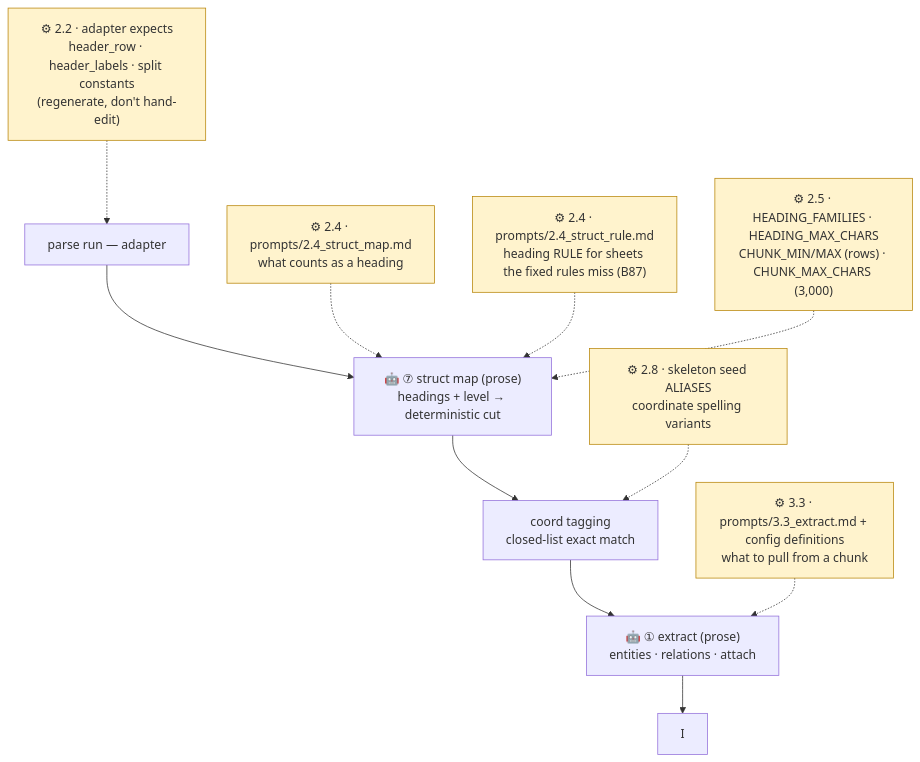
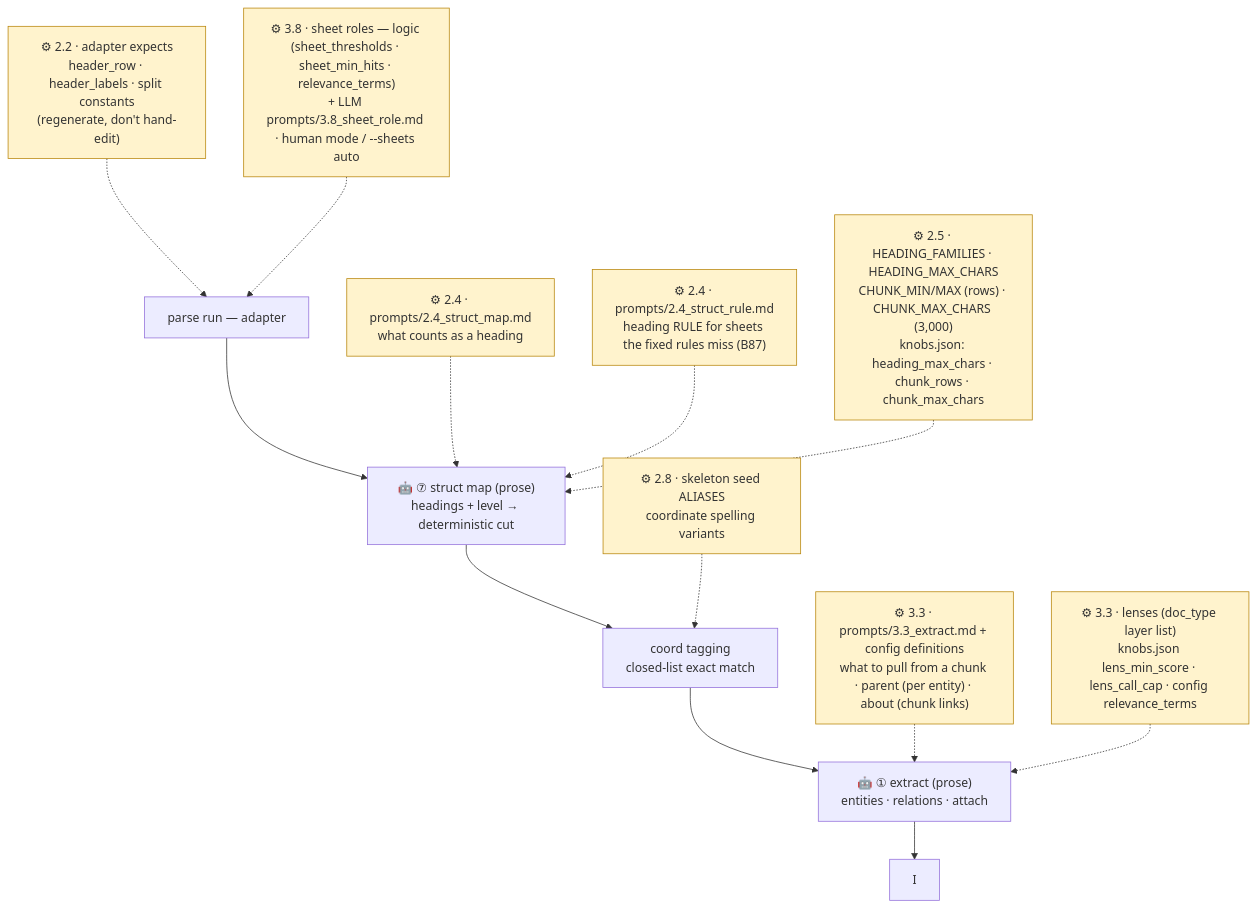
The second of 4 diagrams in docs/구조도/05_조절_지도.md (playjae0/ontology_system), drawn with Mermaid before and after one commit. The commit also changed 31 other files, not shown here.

First line of the commit message:
B91 ⑥⑦(진행 중): 겸 집 불일치 경고 · 가이드·구조도 · D-172 · PROGRESS · B88 요청문 정리

````diff
--- a/docs/구조도/05_조절_지도.md
+++ b/docs/구조도/05_조절_지도.md
@@ -40,15 +40,17 @@
 ```mermaid
 flowchart TD
   G["parse run — adapter"] --> G2["🤖 ⑦ struct map (prose)<br/>headings + level → deterministic cut"]
   G2 --> H["coord tagging<br/>closed-list exact match"]
   H --> X["🤖 ① extract (prose)<br/>entities · relations · attach"]
   X --> I
 
   Q0["⚙ 2.2 · adapter expects<br/>header_row · header_labels · split constants<br/>(regenerate, don't hand-edit)"]:::knob -.-> G
   Q7["⚙ 2.4 · prompts/2.4_struct_map.md<br/>what counts as a heading"]:::knob -.-> G2
   Q9["⚙ 2.4 · prompts/2.4_struct_rule.md<br/>heading RULE for sheets the fixed rules miss (B87)"]:::knob -.-> G2
-  Q10["⚙ 2.5 · HEADING_FAMILIES · HEADING_MAX_CHARS<br/>CHUNK_MIN/MAX (rows) · CHUNK_MAX_CHARS (3,000)"]:::knob -.-> G2
+  Q10["⚙ 2.5 · HEADING_FAMILIES · HEADING_MAX_CHARS<br/>CHUNK_MIN/MAX (rows) · CHUNK_MAX_CHARS (3,000)<br/>knobs.json: heading_max_chars · chunk_rows · chunk_max_chars"]:::knob -.-> G2
+  Q11["⚙ 3.8 · sheet roles — logic (sheet_thresholds · sheet_min_hits · relevance_terms)<br/>+ LLM prompts/3.8_sheet_role.md · human mode / --sheets auto"]:::knob -.-> G
   Q1["⚙ 2.8 · skeleton seed ALIASES<br/>coordinate spelling variants"]:::knob -.-> H
-  Q8["⚙ 3.3 · prompts/3.3_extract.md + config definitions<br/>what to pull from a chunk"]:::knob -.-> X
+  Q8["⚙ 3.3 · prompts/3.3_extract.md + config definitions<br/>what to pull from a chunk · parent (per entity) · about (chunk links)"]:::knob -.-> X
+  Q12["⚙ 3.3 · lenses (doc_type layer list)<br/>knobs.json lens_min_score · lens_call_cap · config relevance_terms"]:::knob -.-> X
   classDef knob fill:#fff3cd,stroke:#b8860b
 ```
````
